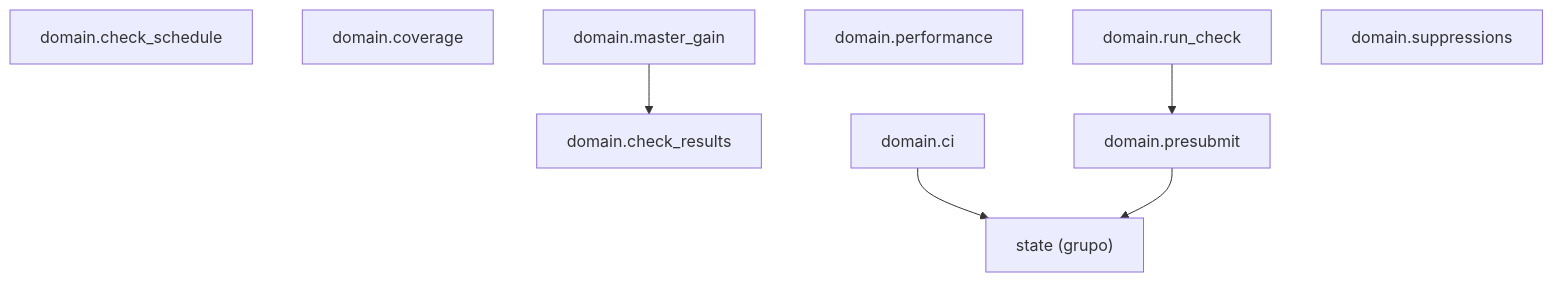
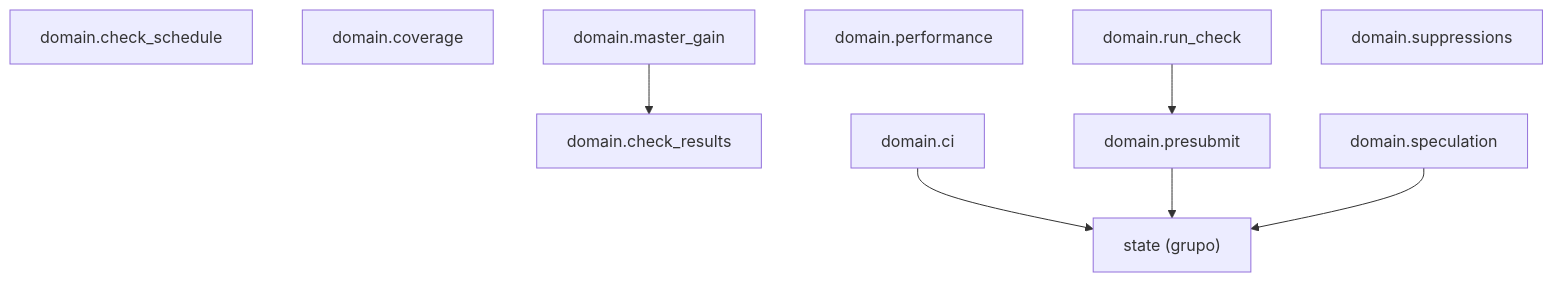
Before and after one commit to GonzaloZevallos/agentic-system: the diagram in docs/architecture/generated/packages-process-domain-checks.md, drawn with Mermaid. The commit also changed 10 other files, not shown here.

````diff
--- a/docs/architecture/generated/packages-process-domain-checks.md
+++ b/docs/architecture/generated/packages-process-domain-checks.md
@@ -11,17 +11,19 @@
 ```mermaid
 graph TD
     g_domain__state["state (grupo)"]
     m_domain__check_results["domain.check_results"]
     m_domain__check_schedule["domain.check_schedule"]
     m_domain__ci["domain.ci"]
     m_domain__coverage["domain.coverage"]
     m_domain__master_gain["domain.master_gain"]
     m_domain__performance["domain.performance"]
     m_domain__presubmit["domain.presubmit"]
     m_domain__run_check["domain.run_check"]
+    m_domain__speculation["domain.speculation"]
     m_domain__suppressions["domain.suppressions"]
     m_domain__ci --> g_domain__state
     m_domain__master_gain --> m_domain__check_results
     m_domain__presubmit --> g_domain__state
     m_domain__run_check --> m_domain__presubmit
+    m_domain__speculation --> g_domain__state
 ```
````
